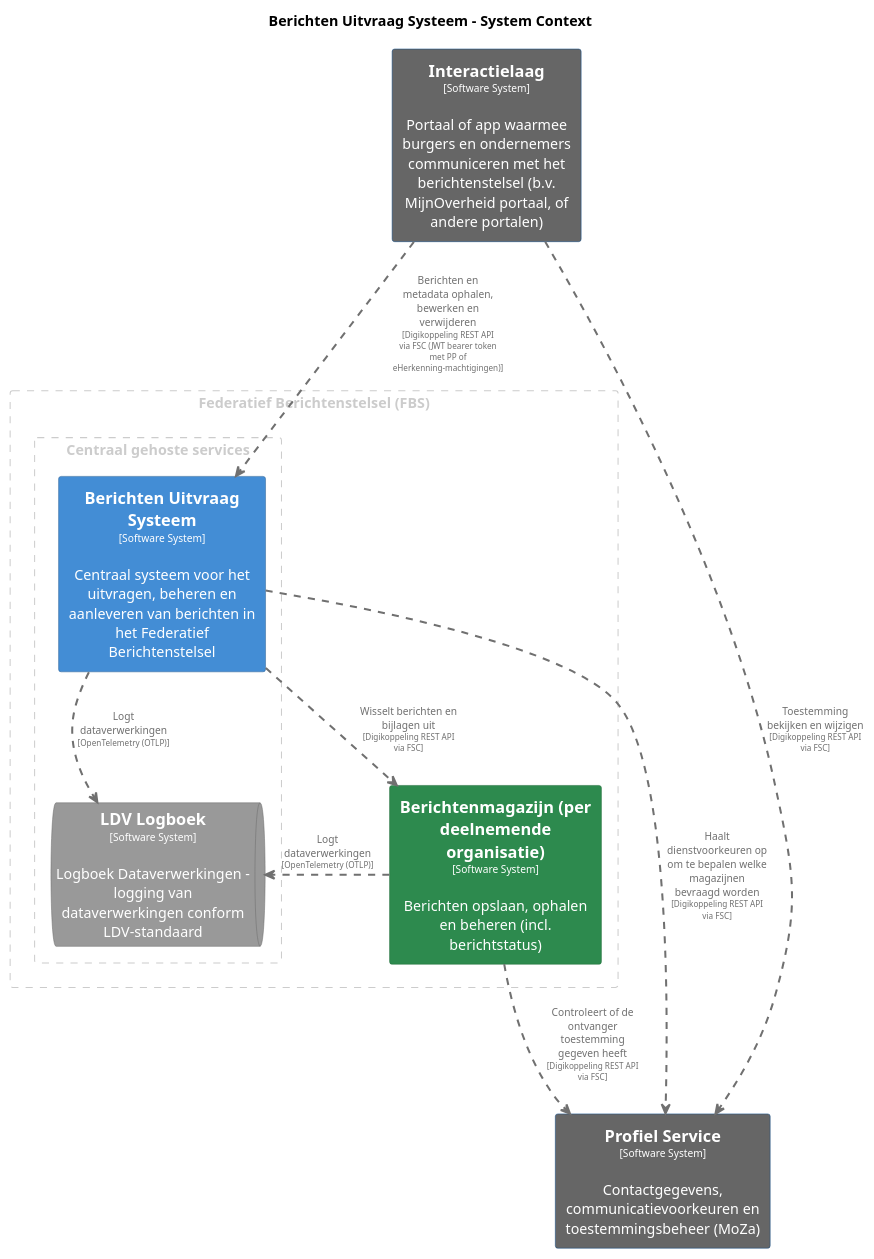
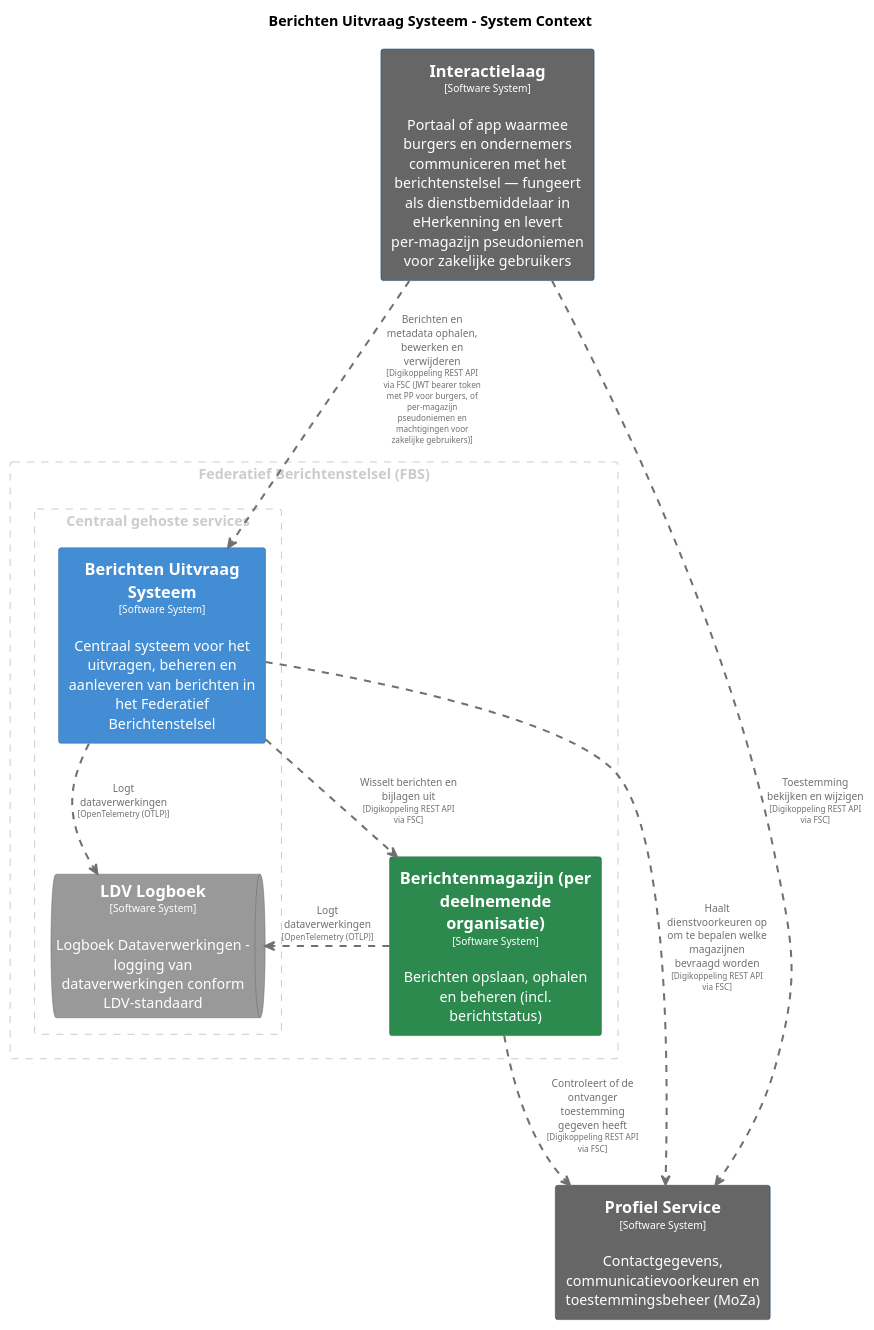
Before and after one commit to MinBZK/moza-poc-fbs-berichtenbox: the diagram in pr-preview/pr-22/master/puml/BerichtenUitvraagSysteem.puml, drawn with PlantUML. The commit also changed 31 other files, not shown here.

```diff
--- a/pr-preview/pr-22/master/puml/BerichtenUitvraagSysteem.puml
+++ b/pr-preview/pr-22/master/puml/BerichtenUitvraagSysteem.puml
@@ -1,76 +1,76 @@
 @startuml
 set separator none
 title Berichten Uitvraag Systeem - System Context
 
 top to bottom direction
 skinparam ranksep 60
 skinparam nodesep 30
 
 skinparam {
   arrowFontSize 10
   defaultTextAlignment center
   wrapWidth 200
   maxMessageSize 100
 }
 
 hide stereotype
 
 skinparam rectangle<<BerichtenUitvraagSysteem>> {
   BackgroundColor #438dd5
   FontColor #ffffff
   BorderColor #2e6295
   shadowing false
 }
 skinparam rectangle<<Berichtenmagazijnperdeelnemendeorganisatie>> {
   BackgroundColor #2d8a4e
   FontColor #ffffff
   BorderColor #1e6b38
   shadowing false
 }
 skinparam rectangle<<Interactielaag>> {
   BackgroundColor #666666
   FontColor #ffffff
   BorderColor #0b4884
   shadowing false
 }
 skinparam queue<<LDVLogboek>> {
   BackgroundColor #999999
   FontColor #ffffff
   BorderColor #6b6b6b
   shadowing false
 }
 skinparam rectangle<<ProfielService>> {
   BackgroundColor #666666
   FontColor #ffffff
   BorderColor #0b4884
   shadowing false
 }
 
 rectangle "Federatief Berichtenstelsel (FBS)" <<group1>> as group1 {
   skinparam RectangleBorderColor<<group1>> #cccccc
   skinparam RectangleFontColor<<group1>> #cccccc
   skinparam RectangleBorderStyle<<group1>> dashed
 
   rectangle "==Berichtenmagazijn (per deelnemende organisatie)\n<size:10>[Software System]</size>\n\nBerichten opslaan, ophalen en beheren (incl. berichtstatus)" <<Berichtenmagazijnperdeelnemendeorganisatie>> as Berichtenmagazijnperdeelnemendeorganisatie
     rectangle "Centraal gehoste services" <<group2>> as group2 {
       skinparam RectangleBorderColor<<group2>> #cccccc
       skinparam RectangleFontColor<<group2>> #cccccc
       skinparam RectangleBorderStyle<<group2>> dashed
 
       rectangle "==Berichten Uitvraag Systeem\n<size:10>[Software System]</size>\n\nCentraal systeem voor het uitvragen, beheren en aanleveren van berichten in het Federatief Berichtenstelsel" <<BerichtenUitvraagSysteem>> as BerichtenUitvraagSysteem
       queue "==LDV Logboek\n<size:10>[Software System]</size>\n\nLogboek Dataverwerkingen - logging van dataverwerkingen conform LDV-standaard" <<LDVLogboek>> as LDVLogboek
     }
 
 }
 
 rectangle "==Profiel Service\n<size:10>[Software System]</size>\n\nContactgegevens, communicatievoorkeuren en toestemmingsbeheer (MoZa)" <<ProfielService>> as ProfielService
-rectangle "==Interactielaag\n<size:10>[Software System]</size>\n\nPortaal of app waarmee burgers en ondernemers communiceren met het berichtenstelsel (b.v. MijnOverheid portaal, of andere portalen)" <<Interactielaag>> as Interactielaag
+rectangle "==Interactielaag\n<size:10>[Software System]</size>\n\nPortaal of app waarmee burgers en ondernemers communiceren met het berichtenstelsel — fungeert als dienstbemiddelaar in eHerkenning en levert per-magazijn pseudoniemen voor zakelijke gebruikers" <<Interactielaag>> as Interactielaag
 
 Berichtenmagazijnperdeelnemendeorganisatie .[#707070,thickness=2].> ProfielService : "<color:#707070>Controleert of de ontvanger toestemming gegeven heeft\n<color:#707070><size:8>[Digikoppeling REST API via FSC]</size>"
 BerichtenUitvraagSysteem .[#707070,thickness=2].> ProfielService : "<color:#707070>Haalt dienstvoorkeuren op om te bepalen welke magazijnen bevraagd worden\n<color:#707070><size:8>[Digikoppeling REST API via FSC]</size>"
 Berichtenmagazijnperdeelnemendeorganisatie .[#707070,thickness=2].> LDVLogboek : "<color:#707070>Logt dataverwerkingen\n<color:#707070><size:8>[OpenTelemetry (OTLP)]</size>"
 BerichtenUitvraagSysteem .[#707070,thickness=2].> LDVLogboek : "<color:#707070>Logt dataverwerkingen\n<color:#707070><size:8>[OpenTelemetry (OTLP)]</size>"
 BerichtenUitvraagSysteem .[#707070,thickness=2].> Berichtenmagazijnperdeelnemendeorganisatie : "<color:#707070>Wisselt berichten en bijlagen uit\n<color:#707070><size:8>[Digikoppeling REST API via FSC]</size>"
-Interactielaag .[#707070,thickness=2].> BerichtenUitvraagSysteem : "<color:#707070>Berichten en metadata ophalen, bewerken en verwijderen\n<color:#707070><size:8>[Digikoppeling REST API via FSC (JWT bearer token met PP of eHerkenning-machtigingen)]</size>"
+Interactielaag .[#707070,thickness=2].> BerichtenUitvraagSysteem : "<color:#707070>Berichten en metadata ophalen, bewerken en verwijderen\n<color:#707070><size:8>[Digikoppeling REST API via FSC (JWT bearer token met PP voor burgers, of per-magazijn pseudoniemen en machtigingen voor zakelijke gebruikers)]</size>"
 Interactielaag .[#707070,thickness=2].> ProfielService : "<color:#707070>Toestemming bekijken en wijzigen\n<color:#707070><size:8>[Digikoppeling REST API via FSC]</size>"
 @enduml
```
